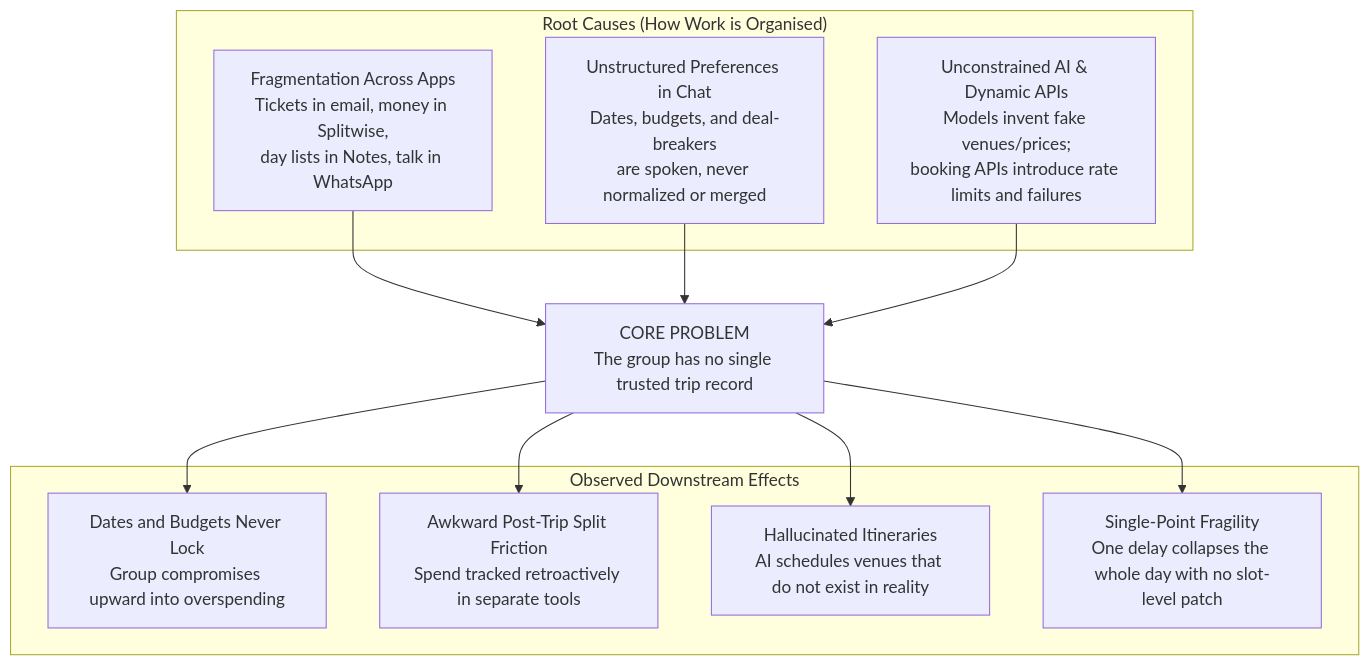
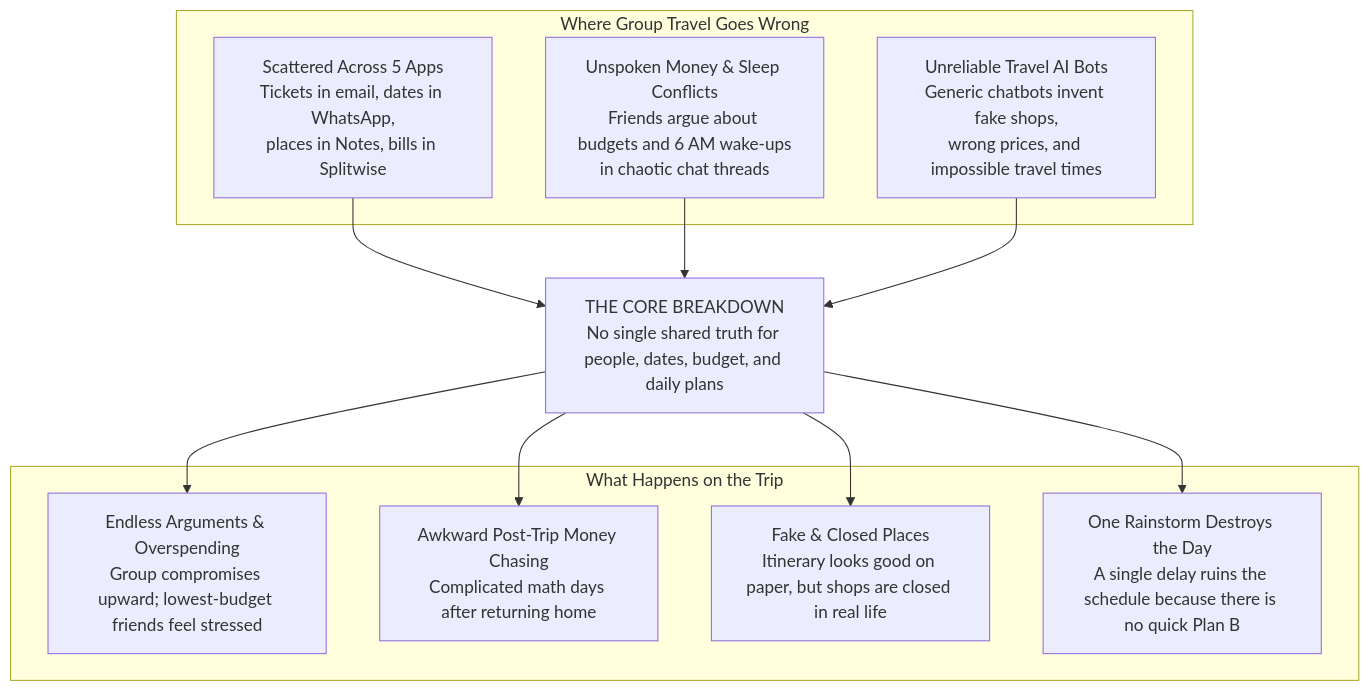
Before and after one commit to nlzce/We-are-the-champions_Plan-B: the first of 14 diagrams in README.md, drawn with Mermaid. The commit also changed other lines of this file, not shown here.

Commit message:
docs: simplify diagrams and narrative into plain, human-readable user flows while preserving tech stack

````diff
--- a/README.md
+++ b/README.md
@@ -81,25 +71,25 @@
 ```mermaid
 flowchart TB
-  subgraph CAUSES["Root Causes (How Work is Organised)"]
-    C1["Fragmentation Across Apps<br/>Tickets in email, money in Splitwise,<br/>day lists in Notes, talk in WhatsApp"]
-    C2["Unstructured Preferences in Chat<br/>Dates, budgets, and deal-breakers<br/>are spoken, never normalized or merged"]
-    C3["Unconstrained AI & Dynamic APIs<br/>Models invent fake venues/prices;<br/>booking APIs introduce rate limits and failures"]
+  subgraph CAUSES["Where Group Travel Goes Wrong"]
+    C1["Scattered Across 5 Apps<br/>Tickets in email, dates in WhatsApp,<br/>places in Notes, bills in Splitwise"]
+    C2["Unspoken Money & Sleep Conflicts<br/>Friends argue about budgets and 6 AM wake-ups<br/>in chaotic chat threads"]
+    C3["Unreliable Travel AI Bots<br/>Generic chatbots invent fake shops,<br/>wrong prices, and impossible travel times"]
   end
 
-  P["CORE PROBLEM<br/>The group has no single trusted trip record"]
+  P["THE CORE BREAKDOWN<br/>No single shared truth for people, dates, budget, and daily plans"]
 
-  subgraph EFFECTS["Observed Downstream Effects"]
-    E1["Dates and Budgets Never Lock<br/>Group compromises upward into overspending"]
-    E2["Awkward Post-Trip Split Friction<br/>Spend tracked retroactively in separate tools"]
-    E3["Hallucinated Itineraries<br/>AI schedules venues that do not exist in reality"]
-    E4["Single-Point Fragility<br/>One delay collapses the whole day with no slot-level patch"]
+  subgraph EFFECTS["What Happens on the Trip"]
+    E1["Endless Arguments & Overspending<br/>Group compromises upward; lowest-budget friends feel stressed"]
+    E2["Awkward Post-Trip Money Chasing<br/>Complicated math days after returning home"]
+    E3["Fake & Closed Places<br/>Itinerary looks good on paper, but shops are closed in real life"]
+    E4["One Rainstorm Destroys the Day<br/>A single delay ruins the schedule because there is no quick Plan B"]
   end
 
   C1 --> P
   C2 --> P
   C3 --> P
   P --> E1
   P --> E2
   P --> E3
   P --> E4
 ```
````
